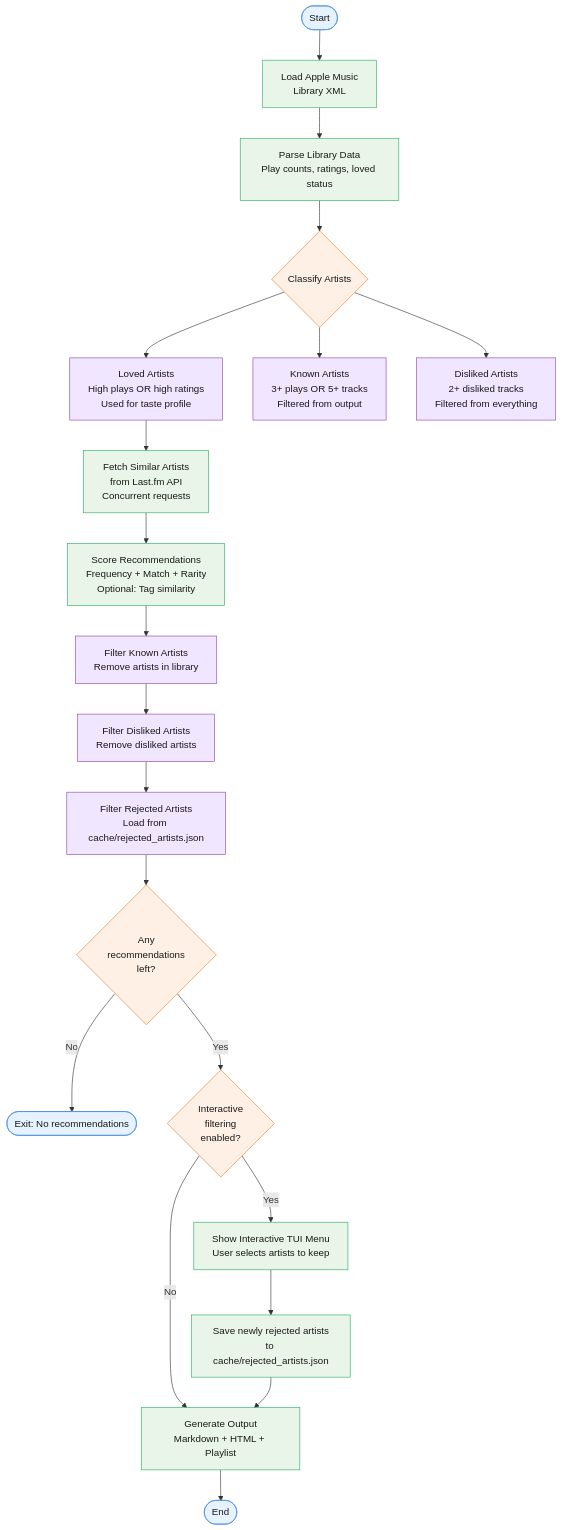
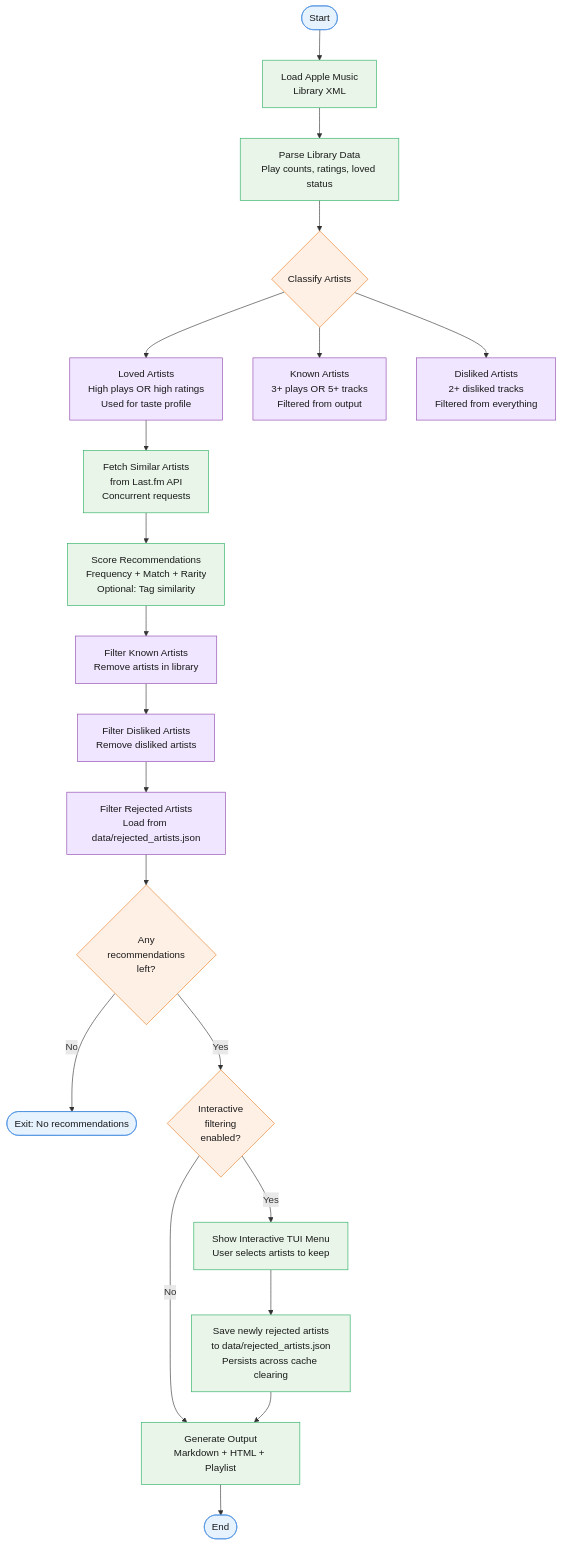
One commit to sammcj/beatfinder changed the diagram in README.md. Above: the diagram before and after it, drawn with Mermaid. The commit also changed other lines of this file and 7 other files, not shown here.

````diff
--- a/README.md
+++ b/README.md
@@ -9,47 +9,47 @@
 ```mermaid
 flowchart TD
     Start([Start]) --> LoadLibrary[Load Apple Music<br>Library XML]
     LoadLibrary --> ParseLibrary[Parse Library Data<br>Play counts, ratings, loved status]
 
     ParseLibrary --> ClassifyArtists{Classify Artists}
 
     ClassifyArtists --> LovedArtists[Loved Artists<br>High plays OR high ratings<br>Used for taste profile]
     ClassifyArtists --> KnownArtists[Known Artists<br>3+ plays OR 5+ tracks<br>Filtered from output]
     ClassifyArtists --> DislikedArtists[Disliked Artists<br>2+ disliked tracks<br>Filtered from everything]
 
     LovedArtists --> FetchSimilar[Fetch Similar Artists<br>from Last.fm API<br>Concurrent requests]
 
     FetchSimilar --> Score[Score Recommendations<br>Frequency + Match + Rarity<br>Optional: Tag similarity]
 
     Score --> FilterKnown[Filter Known Artists<br>Remove artists in library]
 
     FilterKnown --> FilterDisliked[Filter Disliked Artists<br>Remove disliked artists]
 
-    FilterDisliked --> FilterRejected[Filter Rejected Artists<br>Load from cache/rejected_artists.json]
+    FilterDisliked --> FilterRejected[Filter Rejected Artists<br>Load from data/rejected_artists.json]
 
     FilterRejected --> CheckEmpty{Any<br>recommendations<br>left?}
 
     CheckEmpty -->|No| NoRecs([Exit: No recommendations])
 
     CheckEmpty -->|Yes| CheckInteractive{Interactive<br>filtering<br>enabled?}
 
     CheckInteractive -->|Yes| ShowTUI[Show Interactive TUI Menu<br>User selects artists to keep]
     CheckInteractive -->|No| Output
 
-    ShowTUI --> SaveRejected[Save newly rejected artists<br>to cache/rejected_artists.json]
+    ShowTUI --> SaveRejected[Save newly rejected artists<br>to data/rejected_artists.json<br>Persists across cache clearing]
 
     SaveRejected --> Output[Generate Output<br>Markdown + HTML + Playlist]
 
     Output --> End([End])
 
     classDef inputOutput fill:#E6F3FF,stroke:#4A90E2,color:#1a1a1a
     classDef process fill:#E8F5E8,stroke:#27AE60,color:#1a1a1a
     classDef decision fill:#FFF0E6,stroke:#E67E22,color:#1a1a1a
     classDef filter fill:#F0E6FF,stroke:#8E44AD,color:#1a1a1a
     classDef stop fill:#F8D7DA,stroke:#E74C3C,color:#1a1a1a
 
     class Start,End,NoRecs inputOutput
     class LoadLibrary,ParseLibrary,FetchSimilar,Score,ShowTUI,SaveRejected,Output process
     class ClassifyArtists,CheckEmpty,CheckInteractive decision
     class LovedArtists,KnownArtists,DislikedArtists,FilterKnown,FilterDisliked,FilterRejected filter
 ```
````
